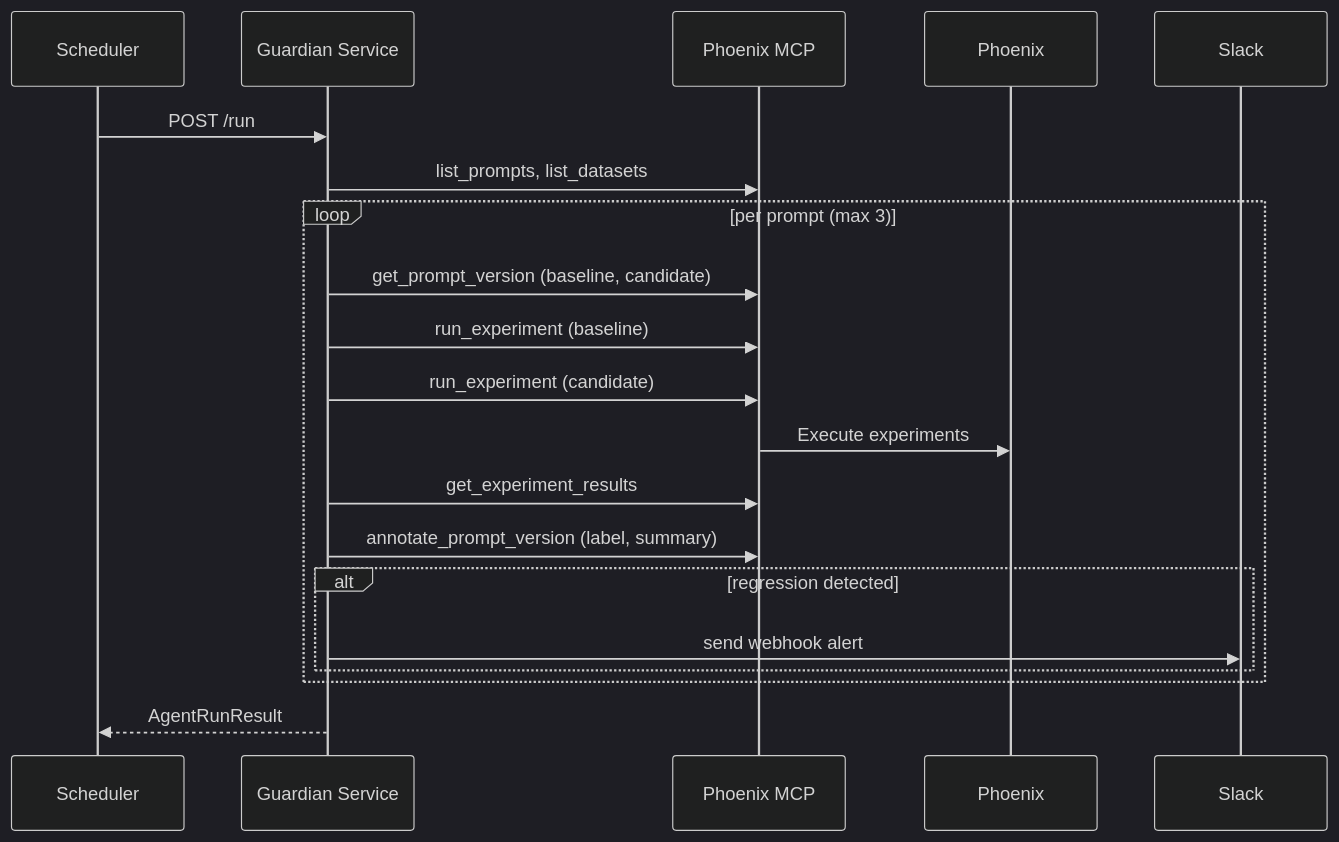
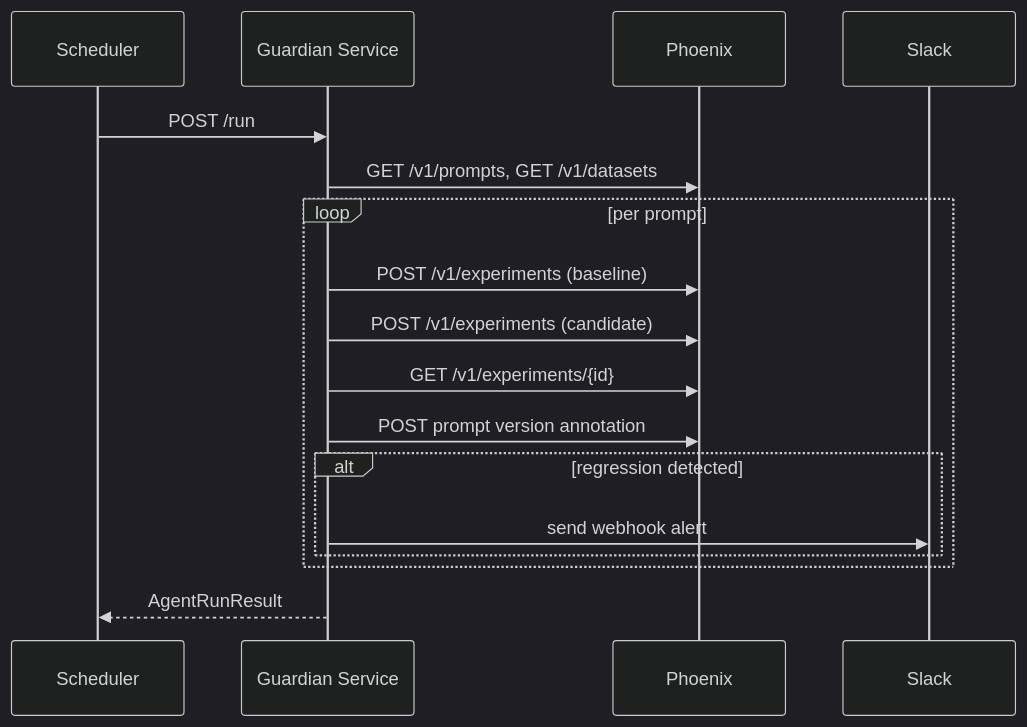
One commit to Shubhojit-17/PRG changed the second of 2 diagrams in README.md. Above: the diagram before and after it, drawn with Mermaid (dark theme). The commit also changed other lines of this file and 13 other files, not shown here.

````diff
--- a/README.md
+++ b/README.md
@@ -52,23 +53,20 @@
 ```mermaid
 sequenceDiagram
   participant Scheduler
   participant Service as Guardian Service
-  participant MCP as Phoenix MCP
   participant Phoenix
   participant Slack
 
   Scheduler->>Service: POST /run
-  Service->>MCP: list_prompts, list_datasets
-  loop per prompt (max 3)
-    Service->>MCP: get_prompt_version (baseline, candidate)
-    Service->>MCP: run_experiment (baseline)
-    Service->>MCP: run_experiment (candidate)
-    MCP->>Phoenix: Execute experiments
-    Service->>MCP: get_experiment_results
-    Service->>MCP: annotate_prompt_version (label, summary)
+  Service->>Phoenix: GET /v1/prompts, GET /v1/datasets
+  loop per prompt
+    Service->>Phoenix: POST /v1/experiments (baseline)
+    Service->>Phoenix: POST /v1/experiments (candidate)
+    Service->>Phoenix: GET /v1/experiments/{id}
+    Service->>Phoenix: POST prompt version annotation
     alt regression detected
       Service->>Slack: send webhook alert
     end
   end
   Service-->>Scheduler: AgentRunResult
 ```
````
